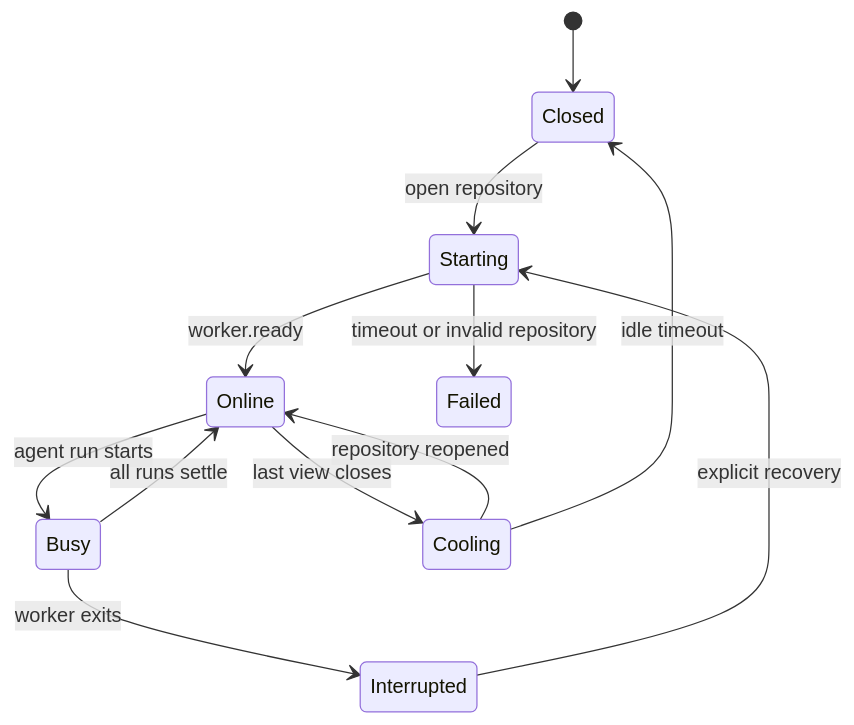
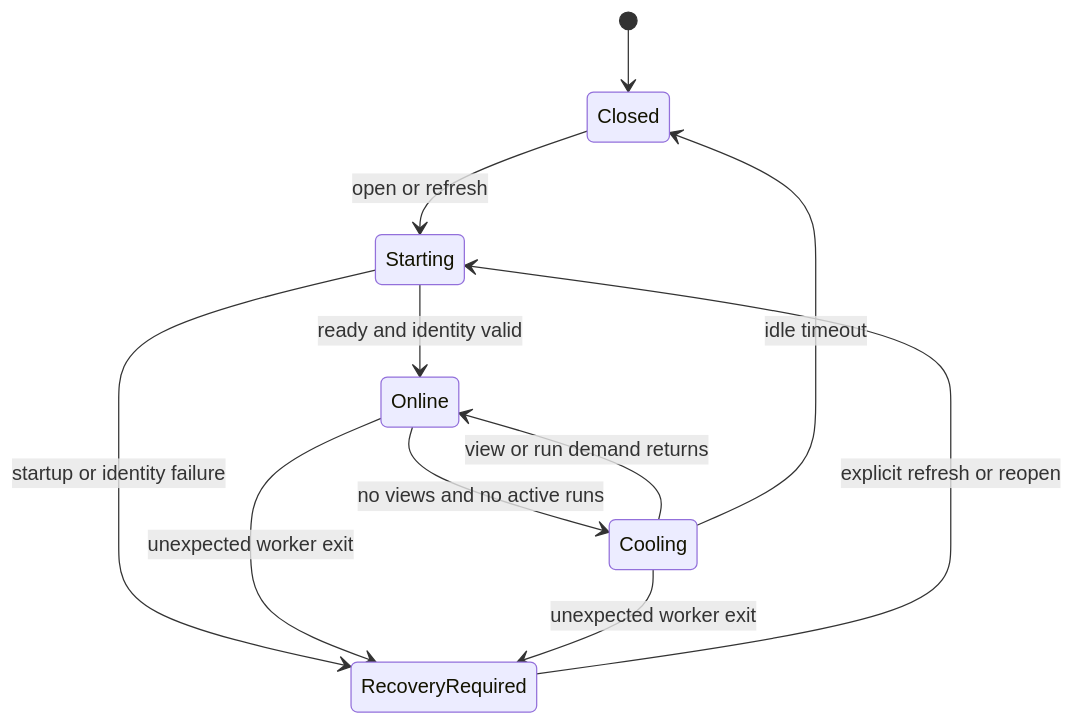
The diagram in docs/architecture/repository-process-model.md (ketvietlab/phaseatlas), drawn with Mermaid before and after one commit. The commit also changed other lines of this file and 17 other files, not shown here.

````diff
--- a/docs/architecture/repository-process-model.md
+++ b/docs/architecture/repository-process-model.md
@@ -17,14 +31,13 @@
 ```mermaid
 stateDiagram-v2
   [*] --> Closed
-  Closed --> Starting: open repository
-  Starting --> Online: worker.ready
-  Starting --> Failed: timeout or invalid repository
-  Online --> Busy: agent run starts
-  Busy --> Online: all runs settle
-  Online --> Cooling: last view closes
-  Cooling --> Online: repository reopened
+  Closed --> Starting: open or refresh
+  Starting --> Online: ready and identity valid
+  Starting --> RecoveryRequired: startup or identity failure
+  Online --> Cooling: no views and no active runs
+  Cooling --> Online: view or run demand returns
   Cooling --> Closed: idle timeout
-  Busy --> Interrupted: worker exits
-  Interrupted --> Starting: explicit recovery
+  Online --> RecoveryRequired: unexpected worker exit
+  Cooling --> RecoveryRequired: unexpected worker exit
+  RecoveryRequired --> Starting: explicit refresh or reopen
 ```
````
